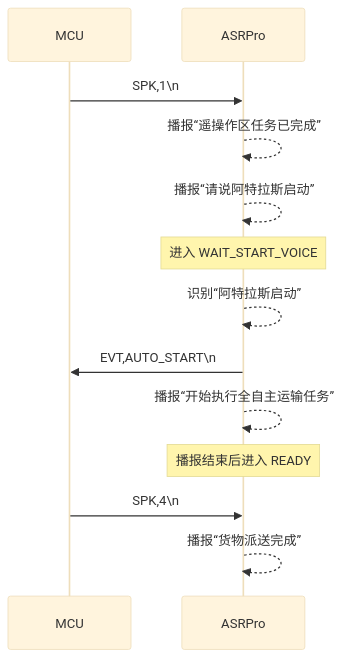
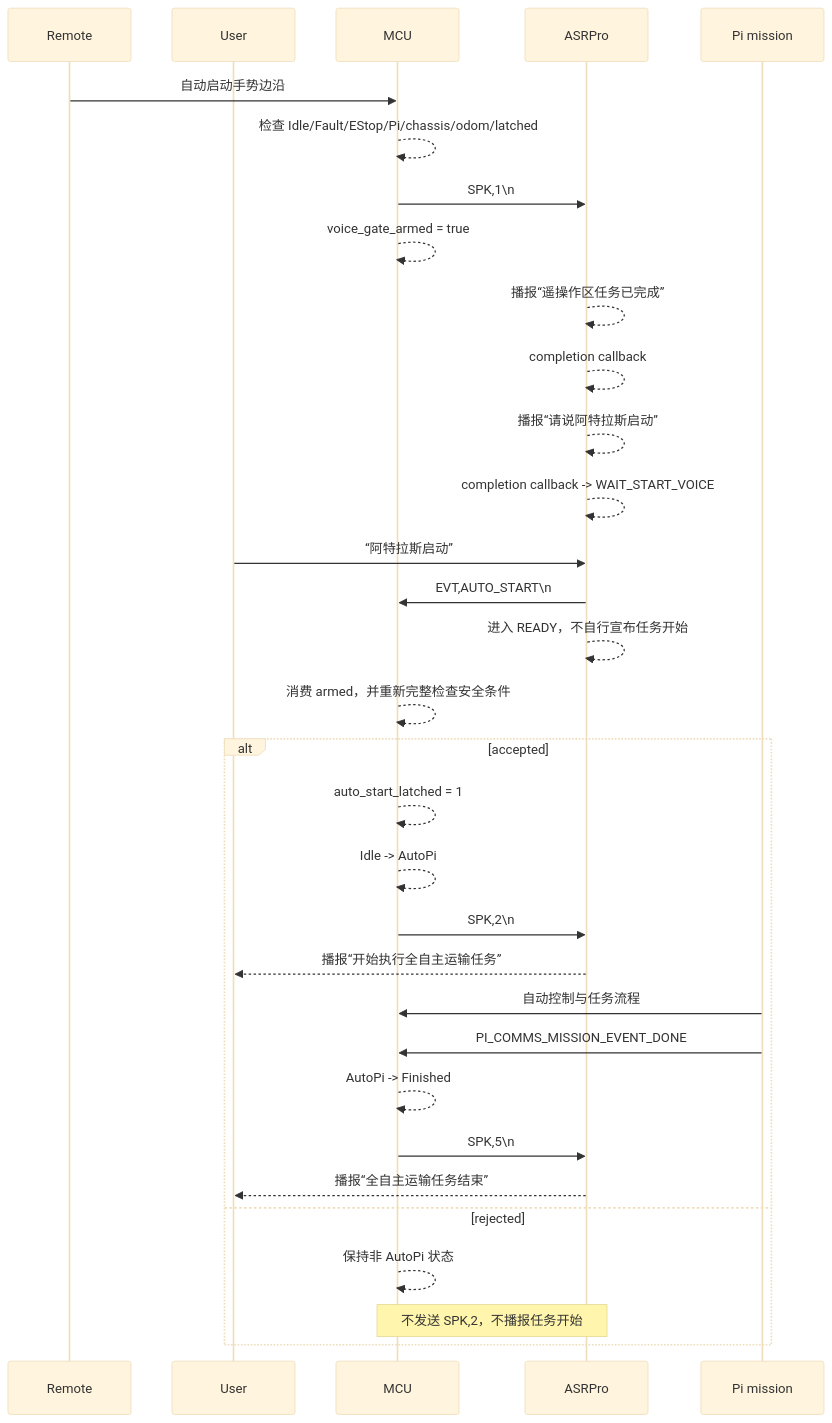
Before and after one commit to AgroTech-SCAU/Steering-Wheel-Chassis: the second of 2 diagrams in Atlas/docs/Atlas_MCU_ASRPro.md, drawn with Mermaid (base theme). The commit also changed other lines of this file and 14 other files, not shown here.

Commit message:
feat(asrpro+mcu): asrpro 改接到 mcu UART8，简化 MCU ↔ ASRPro 协议

````diff
--- a/Atlas/docs/Atlas_MCU_ASRPro.md
+++ b/Atlas/docs/Atlas_MCU_ASRPro.md
@@ -300,18 +116,35 @@
 ```mermaid
 sequenceDiagram
-    participant MCU
-    participant ASR as ASRPro
+    participant R as Remote
+    participant U as User
+    participant M as MCU
+    participant A as ASRPro
+    participant P as Pi mission
 
-    MCU->>ASR: SPK,1\n
-    ASR-->>ASR: 播报“遥操作区任务已完成”
-    ASR-->>ASR: 播报“请说阿特拉斯启动”
-    Note over ASR: 进入 WAIT_START_VOICE
-
-    ASR-->>ASR: 识别“阿特拉斯启动”
-    ASR->>MCU: EVT,AUTO_START\n
-    ASR-->>ASR: 播报“开始执行全自主运输任务”
-    Note over ASR: 播报结束后进入 READY
-
-    MCU->>ASR: SPK,4\n
-    ASR-->>ASR: 播报“货物派送完成”
+    R->>M: 自动启动手势边沿
+    M-->>M: 检查 Idle/Fault/EStop/Pi/chassis/odom/latched
+    M->>A: SPK,1\n
+    M-->>M: voice_gate_armed = true
+    A-->>A: 播报“遥操作区任务已完成”
+    A-->>A: completion callback
+    A-->>A: 播报“请说阿特拉斯启动”
+    A-->>A: completion callback -> WAIT_START_VOICE
+    U->>A: “阿特拉斯启动”
+    A->>M: EVT,AUTO_START\n
+    A-->>A: 进入 READY，不自行宣布任务开始
+    M-->>M: 消费 armed，并重新完整检查安全条件
+    alt accepted
+        M-->>M: auto_start_latched = 1
+        M-->>M: Idle -> AutoPi
+        M->>A: SPK,2\n
+        A-->>U: 播报“开始执行全自主运输任务”
+        P->>M: 自动控制与任务流程
+        P->>M: PI_COMMS_MISSION_EVENT_DONE
+        M-->>M: AutoPi -> Finished
+        M->>A: SPK,5\n
+        A-->>U: 播报“全自主运输任务结束”
+    else rejected
+        M-->>M: 保持非 AutoPi 状态
+        Note over M,A: 不发送 SPK,2，不播报任务开始
+    end
 ```
````
